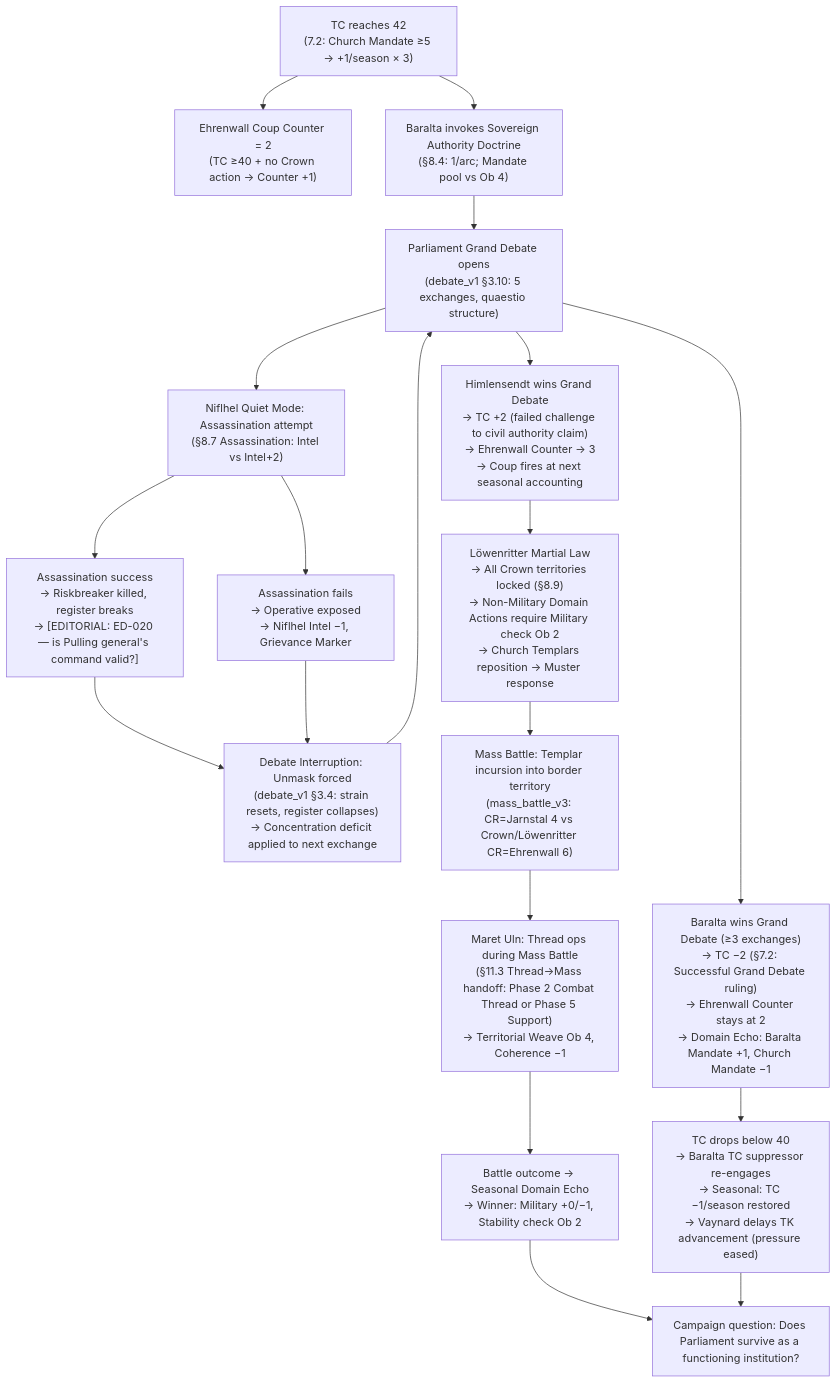
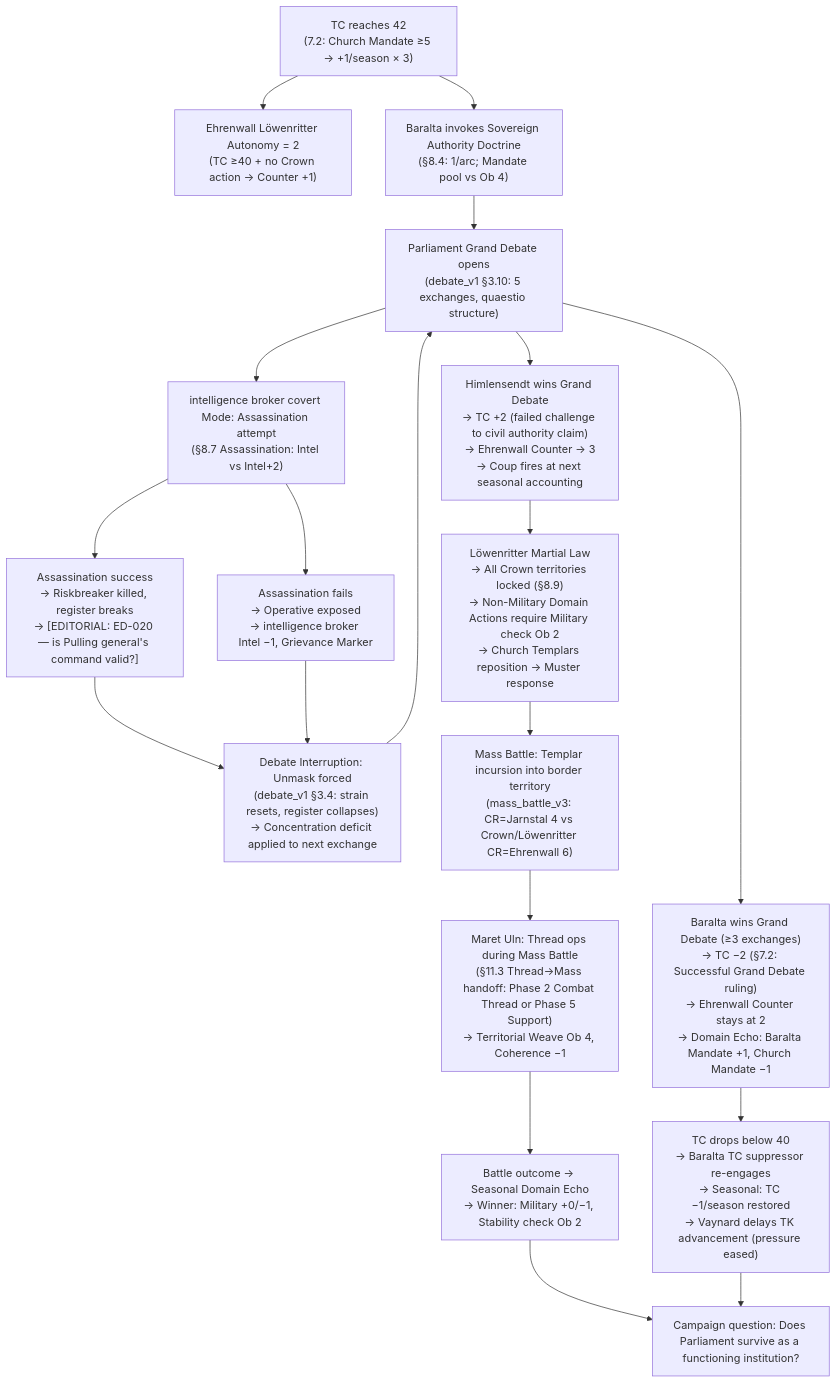
One commit to jordanelias/ttrpg changed the first of 5 diagrams in designs/arcs/arcs_31_35.md. Above: the diagram before and after it, drawn with Mermaid. The commit also changed other lines of this file and 2 other files, not shown here.

Commit message:
[cleanup] Residual Niflhel→settlement-level + Coup Counter→Autonomy in arc files and factions_personal

````diff
--- a/designs/arcs/arcs_31_35.md
+++ b/designs/arcs/arcs_31_35.md
@@ -29,38 +29,38 @@
 ```mermaid
 flowchart TD
     A["TC reaches 42\n(7.2: Church Mandate ≥5 → +1/season × 3)"]
-    B["Ehrenwall Coup Counter = 2\n(TC ≥40 + no Crown action → Counter +1)"]
+    B["Ehrenwall Löwenritter Autonomy = 2\n(TC ≥40 + no Crown action → Counter +1)"]
     C["Baralta invokes Sovereign Authority Doctrine\n(§8.4: 1/arc; Mandate pool vs Ob 4)"]
     D["Parliament Grand Debate opens\n(debate_v1 §3.10: 5 exchanges, quaestio structure)"]
-    E["Niflhel Quiet Mode: Assassination attempt\n(§8.7 Assassination: Intel vs Intel+2)"]
+    E["intelligence broker covert Mode: Assassination attempt\n(§8.7 Assassination: Intel vs Intel+2)"]
     F1["Assassination success\n→ Riskbreaker killed, register breaks\n→ [EDITORIAL: ED-020 — is Pulling general's command valid?]"]
-    F2["Assassination fails\n→ Operative exposed\n→ Niflhel Intel −1, Grievance Marker"]
+    F2["Assassination fails\n→ Operative exposed\n→ intelligence broker Intel −1, Grievance Marker"]
     G["Debate Interruption: Unmask forced\n(debate_v1 §3.4: strain resets, register collapses)\n→ Concentration deficit applied to next exchange"]
     H1["Baralta wins Grand Debate (≥3 exchanges)\n→ TC −2 (§7.2: Successful Grand Debate ruling)\n→ Ehrenwall Counter stays at 2\n→ Domain Echo: Baralta Mandate +1, Church Mandate −1"]
     H2["Himlensendt wins Grand Debate\n→ TC +2 (failed challenge to civil authority claim)\n→ Ehrenwall Counter → 3\n→ Coup fires at next seasonal accounting"]
     I1["TC drops below 40\n→ Baralta TC suppressor re-engages\n→ Seasonal: TC −1/season restored\n→ Vaynard delays TK advancement (pressure eased)"]
     I2["Löwenritter Martial Law\n→ All Crown territories locked (§8.9)\n→ Non-Military Domain Actions require Military check Ob 2\n→ Church Templars reposition → Muster response"]
     J["Mass Battle: Templar incursion into border territory\n(mass_battle_v3: CR=Jarnstal 4 vs Crown/Löwenritter CR=Ehrenwall 6)"]
     K["Maret Uln: Thread ops during Mass Battle\n(§11.3 Thread→Mass handoff: Phase 2 Combat Thread or Phase 5 Support)\n→ Territorial Weave Ob 4, Coherence −1"]
     L["Battle outcome → Seasonal Domain Echo\n→ Winner: Military +0/−1, Stability check Ob 2"]
     M["Campaign question: Does Parliament survive as a functioning institution?"]
 
     A --> B
     A --> C
     C --> D
     D --> E
     E --> F1
     E --> F2
     F1 --> G
     F2 --> G
     G --> D
     D --> H1
     D --> H2
     H1 --> I1
     H2 --> I2
     I2 --> J
     J --> K
     K --> L
     L --> M
     I1 --> M
 ```
````
